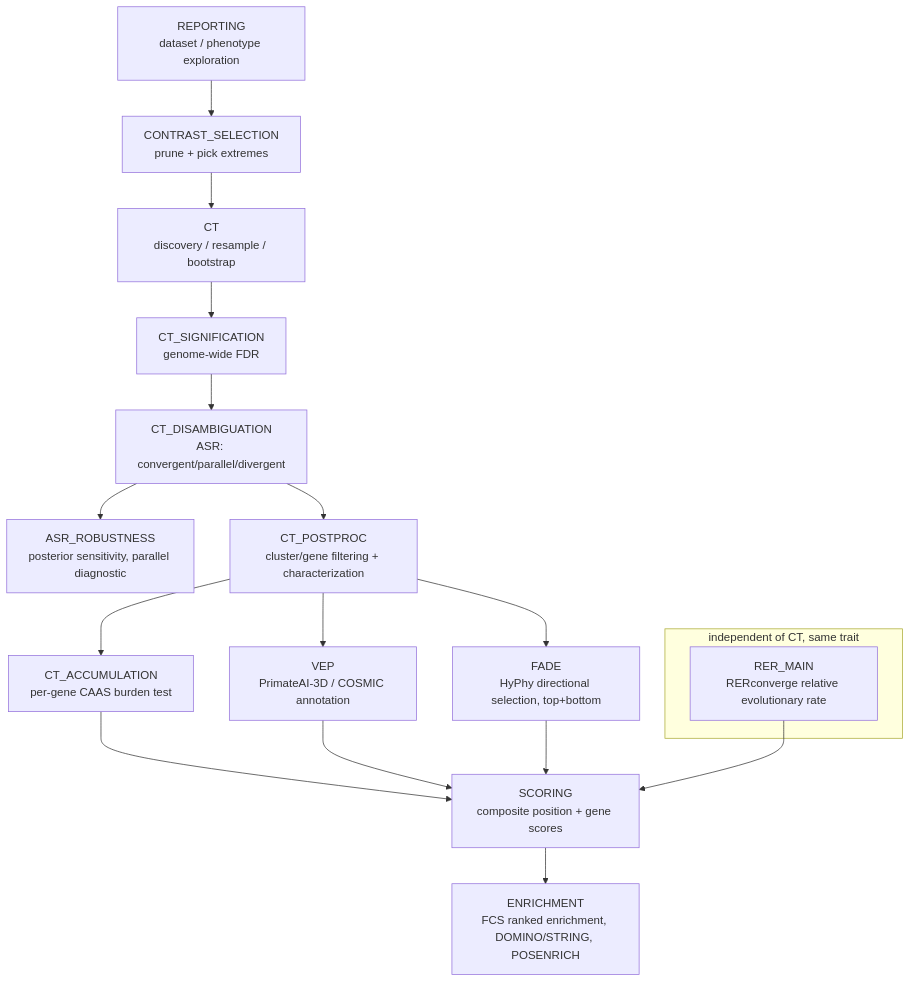
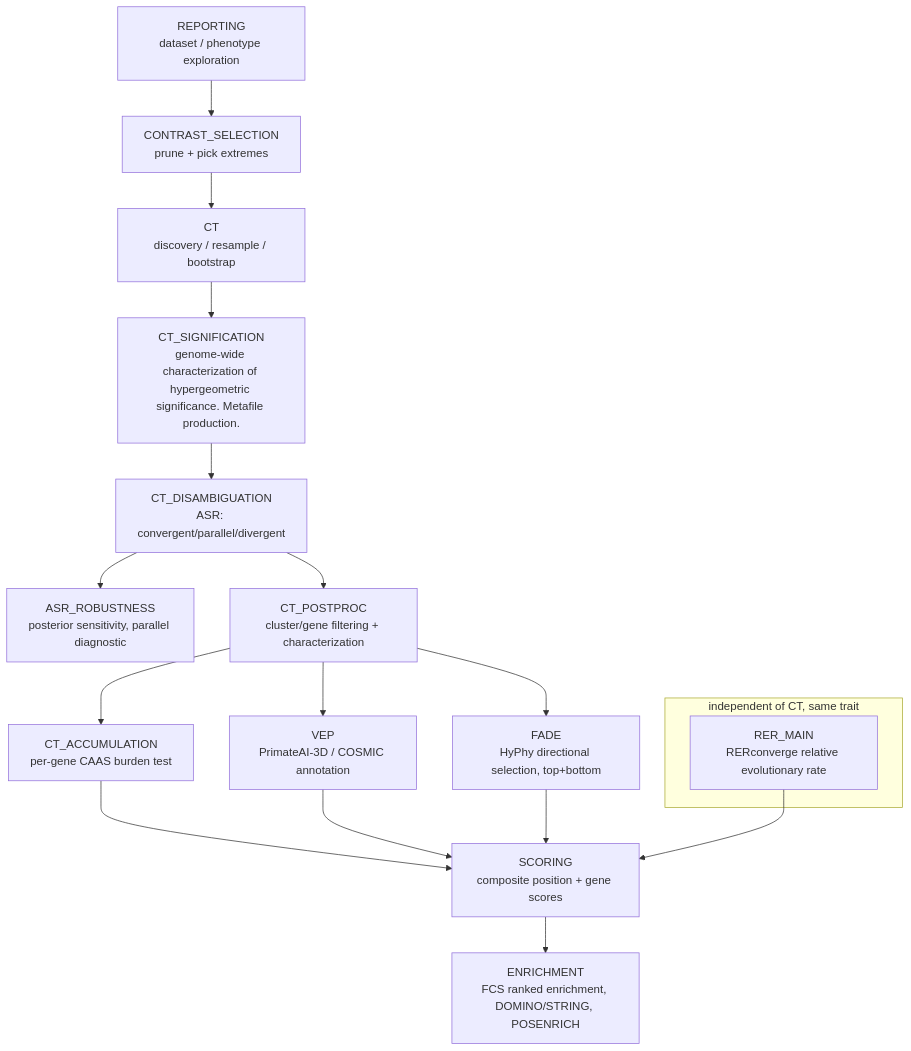
One commit to nozerorma/PhyloPhere changed the diagram in README.md. Above: the diagram before and after it, drawn with Mermaid.

````diff
--- a/README.md
+++ b/README.md
@@ -87,20 +87,20 @@
 ```mermaid
 flowchart TD
     A[REPORTING\ndataset / phenotype exploration] --> B[CONTRAST_SELECTION\nprune + pick extremes]
     B --> C[CT\ndiscovery / resample / bootstrap]
-    C --> D[CT_SIGNIFICATION\ngenome-wide FDR]
+    C --> D[CT_SIGNIFICATION\ngenome-wide characterization of hypergeometric significance. Metafile production.]
     D --> E[CT_DISAMBIGUATION\nASR: convergent/parallel/divergent]
     E --> E2[ASR_ROBUSTNESS\nposterior sensitivity, parallel diagnostic]
     E --> F[CT_POSTPROC\ncluster/gene filtering + characterization]
     F --> G[CT_ACCUMULATION\nper-gene CAAS burden test]
     F --> H[VEP\nPrimateAI-3D / COSMIC annotation]
     F --> I[FADE\nHyPhy directional selection, top+bottom]
     subgraph independent[independent of CT, same trait]
       J[RER_MAIN\nRERconverge relative evolutionary rate]
     end
     G --> K[SCORING\ncomposite position + gene scores]
     H --> K
     I --> K
     J --> K
     K --> L[ENRICHMENT\nFCS ranked enrichment, DOMINO/STRING, POSENRICH]
 ```
````
